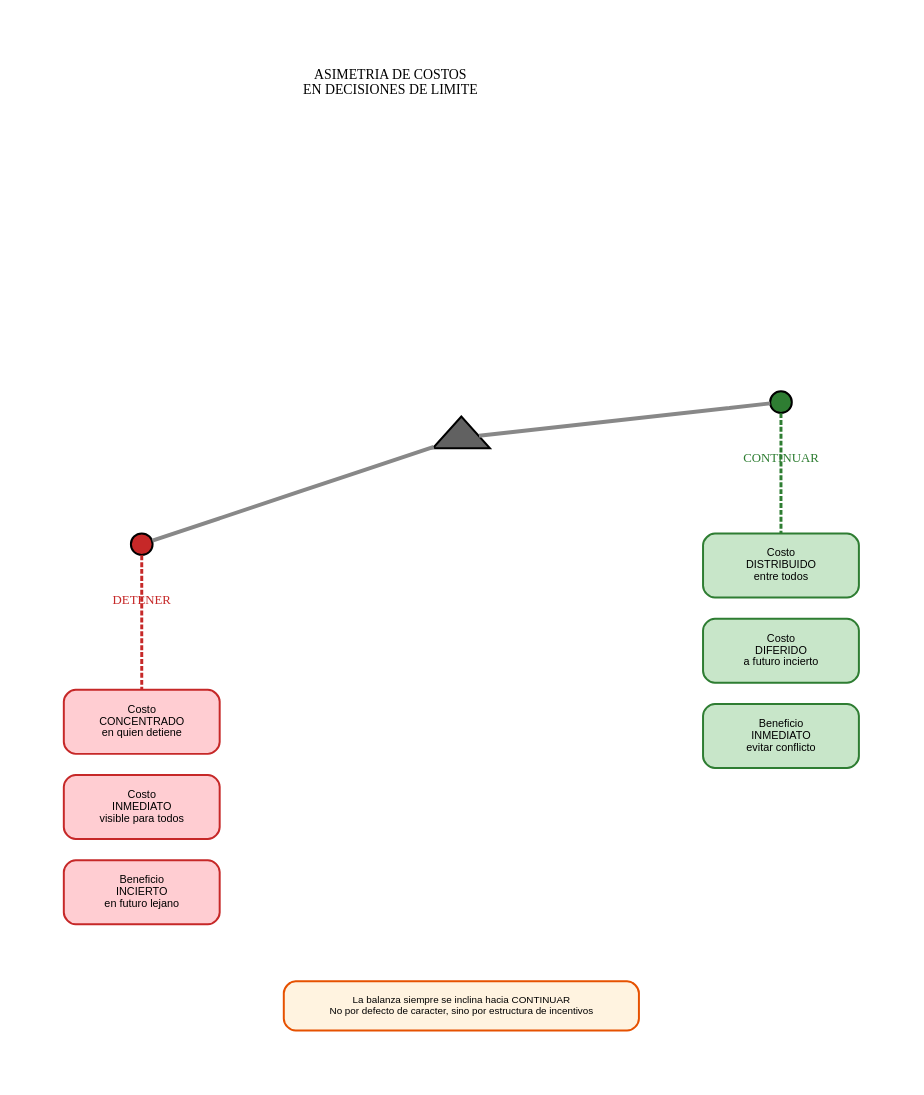
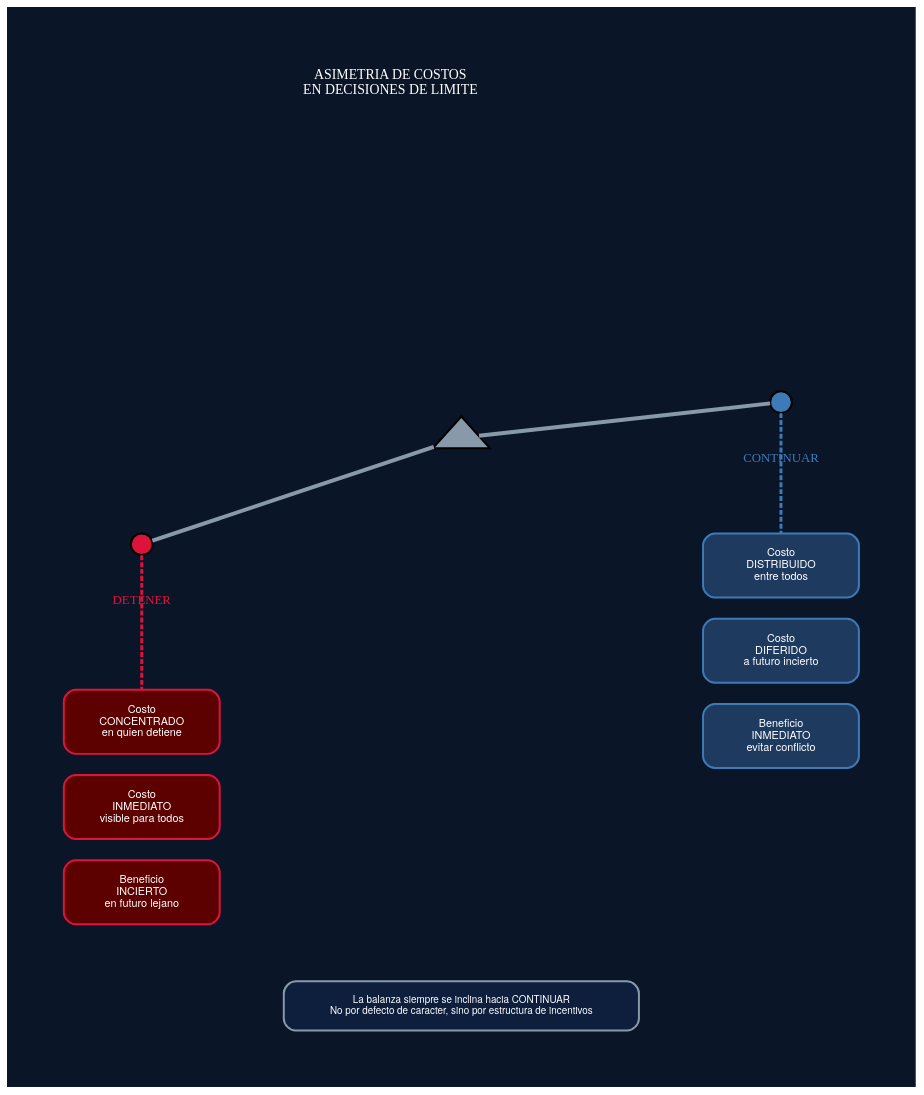
The diagram in assets/diagrams/B4-asimetria-costos.dot (gonzalezulises/mas-control-mas-caos), drawn with Graphviz before and after one commit. The commit also changed 11 other files, not shown here.

First line of the commit message:
Update all diagrams to match cover color palette

```diff
--- a/assets/diagrams/B4-asimetria-costos.dot
+++ b/assets/diagrams/B4-asimetria-costos.dot
@@ -1,145 +1,147 @@
 digraph AsimetriaBalanza {
     // Layout
     layout=neato;
-    bgcolor="white";
+    bgcolor="#0a1628";
     pad=0.8;
 
-    // Estilo global
+    // Estilo global - paleta portada
     node [
-        fontname="Arial",
+        fontname="Helvetica Neue",
         fontsize=11,
+        fontcolor="#ffffff",
         penwidth=2
     ];
 
     edge [
         penwidth=3,
-        color="#555555"
+        color="#8899aa"
     ];
 
     // Titulo
     titulo [label="ASIMETRIA DE COSTOS\nEN DECISIONES DE LIMITE",
             shape=plaintext,
             fontsize=14,
-            fontname="Arial Bold",
+            fontname="Helvetica Neue Bold",
+            fontcolor="#ffffff",
             pos="0,5!"];
 
     // Fulcro (punto de apoyo) - desplazado a la derecha para mostrar desequilibrio
     fulcro [label="",
             shape=triangle,
             width=0.8,
             height=0.6,
-            fillcolor="#616161",
+            fillcolor="#8899aa",
             style=filled,
             pos="1,0!"];
 
     // Barra de la balanza - inclinada (DETENER pesa más = baja)
     // Lado DETENER (izquierda, más abajo porque pesa más)
     plato_detener [label="",
                    shape=circle,
                    width=0.3,
-                   fillcolor="#c62828",
+                   fillcolor="#dc143c",
                    style=filled,
                    pos="-3.5,-1.5!"];
 
     // Lado CONTINUAR (derecha, más arriba porque pesa menos)
     plato_continuar [label="",
                      shape=circle,
                      width=0.3,
-                     fillcolor="#2e7d32",
+                     fillcolor="#3d7ab7",
                      style=filled,
                      pos="5.5,0.5!"];
 
     // Barra inclinada (línea)
     barra1 [label="", shape=point, width=0, pos="-3.5,-1.5!"];
     barra2 [label="", shape=point, width=0, pos="5.5,0.5!"];
 
     // Etiquetas de los lados
     label_detener [label="DETENER",
                    shape=plaintext,
                    fontsize=13,
-                   fontname="Arial Bold",
-                   fontcolor="#c62828",
+                   fontname="Helvetica Neue Bold",
+                   fontcolor="#dc143c",
                    pos="-3.5,-2.3!"];
 
     label_continuar [label="CONTINUAR",
                      shape=plaintext,
                      fontsize=13,
-                     fontname="Arial Bold",
-                     fontcolor="#2e7d32",
+                     fontname="Helvetica Neue Bold",
+                     fontcolor="#3d7ab7",
                      pos="5.5,-0.3!"];
 
     // Pesos lado DETENER (cajas rojas apiladas - pesadas)
     d1 [label="Costo\nCONCENTRADO\nen quien detiene",
         shape=box,
         style="rounded,filled",
-        fillcolor="#ffcdd2",
-        color="#c62828",
+        fillcolor="#5c0000",
+        color="#dc143c",
         width=2.2,
         height=0.9,
         pos="-3.5,-4!"];
 
     d2 [label="Costo\nINMEDIATO\nvisible para todos",
         shape=box,
         style="rounded,filled",
-        fillcolor="#ffcdd2",
-        color="#c62828",
+        fillcolor="#5c0000",
+        color="#dc143c",
         width=2.2,
         height=0.9,
         pos="-3.5,-5.2!"];
 
     d3 [label="Beneficio\nINCIERTO\nen futuro lejano",
         shape=box,
         style="rounded,filled",
-        fillcolor="#ffcdd2",
-        color="#c62828",
+        fillcolor="#5c0000",
+        color="#dc143c",
         width=2.2,
         height=0.9,
         pos="-3.5,-6.4!"];
 
-    // Pesos lado CONTINUAR (cajas verdes - livianas)
+    // Pesos lado CONTINUAR (cajas azules - livianas)
     c1 [label="Costo\nDISTRIBUIDO\nentre todos",
         shape=box,
         style="rounded,filled",
-        fillcolor="#c8e6c9",
-        color="#2e7d32",
+        fillcolor="#1e3a5f",
+        color="#3d7ab7",
         width=2.2,
         height=0.9,
         pos="5.5,-1.8!"];
 
     c2 [label="Costo\nDIFERIDO\na futuro incierto",
         shape=box,
         style="rounded,filled",
-        fillcolor="#c8e6c9",
-        color="#2e7d32",
+        fillcolor="#1e3a5f",
+        color="#3d7ab7",
         width=2.2,
         height=0.9,
         pos="5.5,-3!"];
 
     c3 [label="Beneficio\nINMEDIATO\nevitar conflicto",
         shape=box,
         style="rounded,filled",
-        fillcolor="#c8e6c9",
-        color="#2e7d32",
+        fillcolor="#1e3a5f",
+        color="#3d7ab7",
         width=2.2,
         height=0.9,
         pos="5.5,-4.2!"];
 
     // Conexiones de la balanza
-    plato_detener -> fulcro [arrowhead=none, color="#888888", penwidth=4];
-    fulcro -> plato_continuar [arrowhead=none, color="#888888", penwidth=4];
+    plato_detener -> fulcro [arrowhead=none, color="#8899aa", penwidth=4];
+    fulcro -> plato_continuar [arrowhead=none, color="#8899aa", penwidth=4];
 
     // Lineas a los pesos
-    plato_detener -> d1 [arrowhead=none, style=dashed, color="#c62828"];
-    plato_continuar -> c1 [arrowhead=none, style=dashed, color="#2e7d32"];
+    plato_detener -> d1 [arrowhead=none, style=dashed, color="#dc143c"];
+    plato_continuar -> c1 [arrowhead=none, style=dashed, color="#3d7ab7"];
 
     // Conclusion
     conclusion [label="La balanza siempre se inclina hacia CONTINUAR\nNo por defecto de caracter, sino por estructura de incentivos",
                 shape=box,
                 style="rounded,filled",
-                fillcolor="#fff3e0",
-                color="#e65100",
+                fillcolor="#0d1f3c",
+                color="#8899aa",
                 fontsize=10,
                 width=5,
                 height=0.7,
                 pos="1,-8!"];
 }
```
